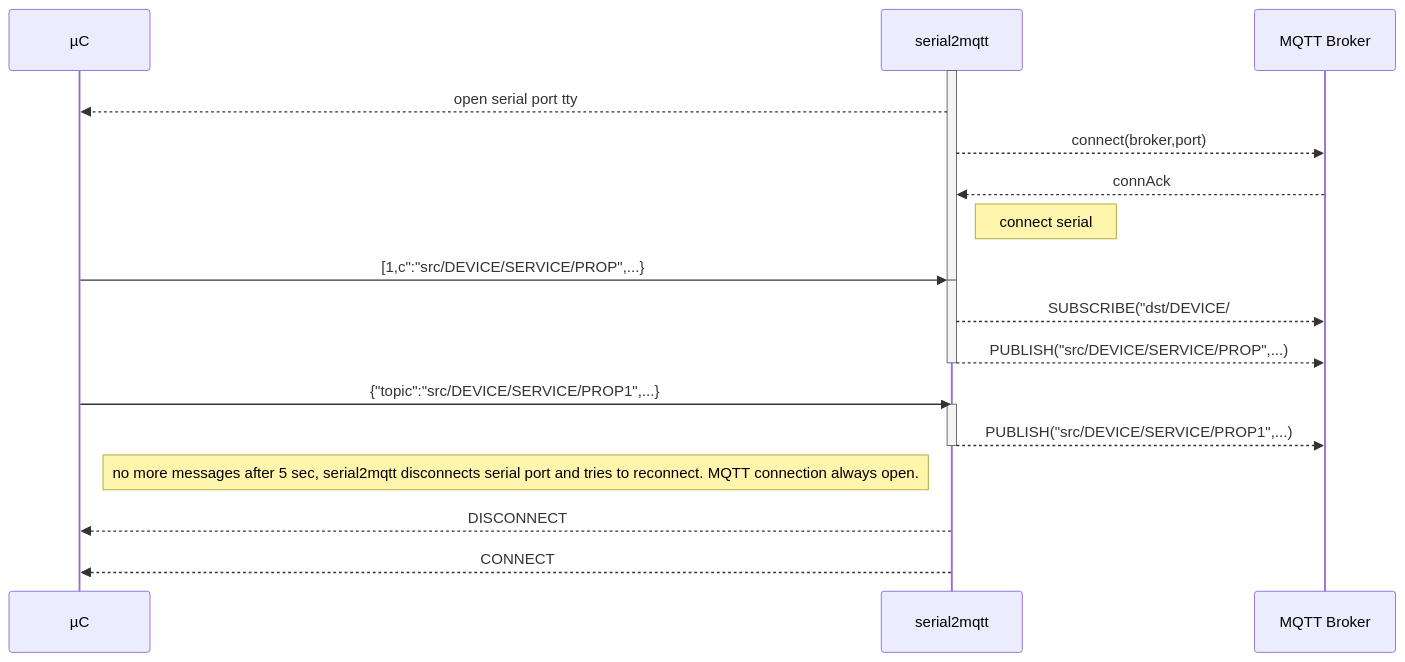
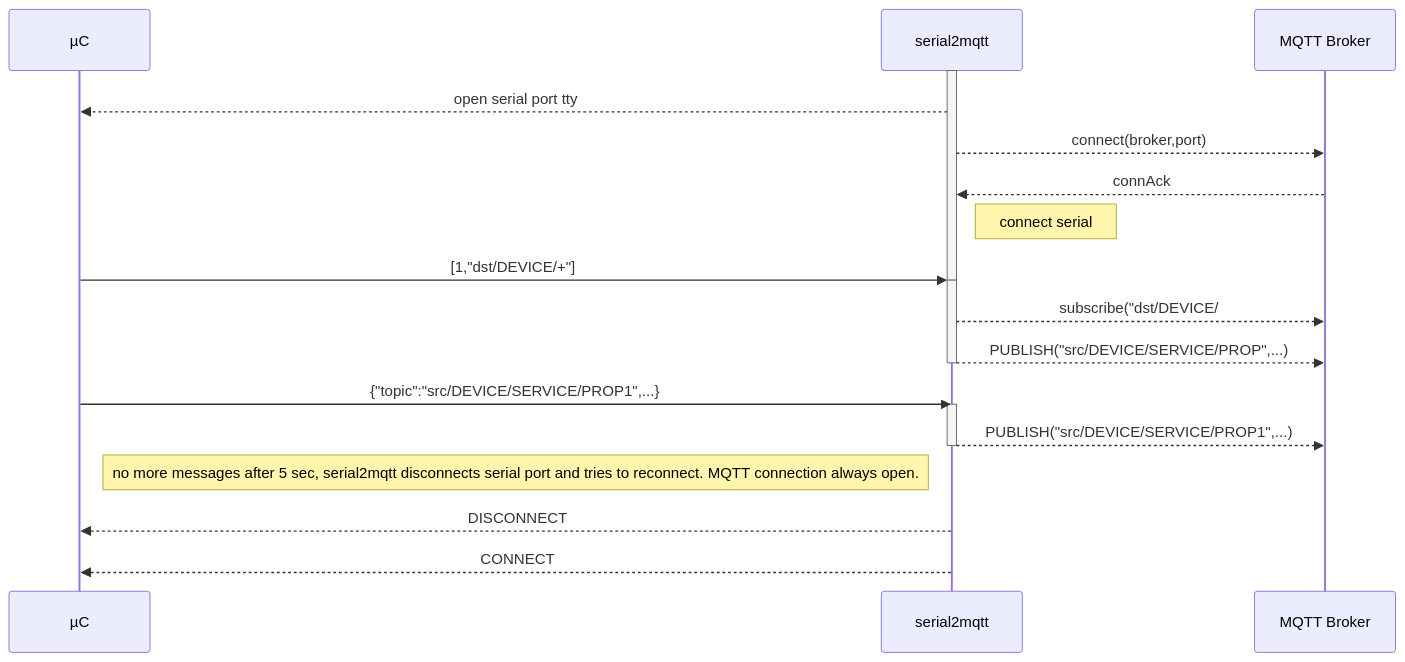
The first of 2 diagrams in README.md (vortex314/serial2mqtt), drawn with Mermaid before and after one commit. The commit also changed other lines of this file, not shown here.

Commit message:
README.md updated from https://stackedit.io/

````diff
--- a/README.md
+++ b/README.md
@@ -63,24 +63,24 @@
 ```mermaid
 sequenceDiagram
 participant µC
 participant serial2mqtt
 participant MQTT Broker
 activate serial2mqtt
 serial2mqtt-->>µC: open serial port tty
 serial2mqtt-->>MQTT Broker: connect(broker,port)
 MQTT Broker -->> serial2mqtt: connAck
 Note right of serial2mqtt: connect serial
-µC->> serial2mqtt: [1,c":"src/DEVICE/SERVICE/PROP",...}
+µC->> serial2mqtt: [1,"dst/DEVICE/+"]
 deactivate serial2mqtt
 activate serial2mqtt
-serial2mqtt-->>MQTT Broker: SUBSCRIBE("dst/DEVICE/#")
+serial2mqtt-->>MQTT Broker: subscribe("dst/DEVICE/#")
 serial2mqtt-->>MQTT Broker: PUBLISH("src/DEVICE/SERVICE/PROP",...)
 deactivate serial2mqtt
 µC->> serial2mqtt: {"topic":"src/DEVICE/SERVICE/PROP1",...}
 activate serial2mqtt
 serial2mqtt-->>MQTT Broker:  PUBLISH("src/DEVICE/SERVICE/PROP1",...)
 deactivate serial2mqtt
 Note right of µC: no more messages after 5 sec, serial2mqtt disconnects serial port and tries to reconnect. MQTT connection always open.
 serial2mqtt-->>µC: DISCONNECT
 serial2mqtt-->>µC: CONNECT
 ```
````
